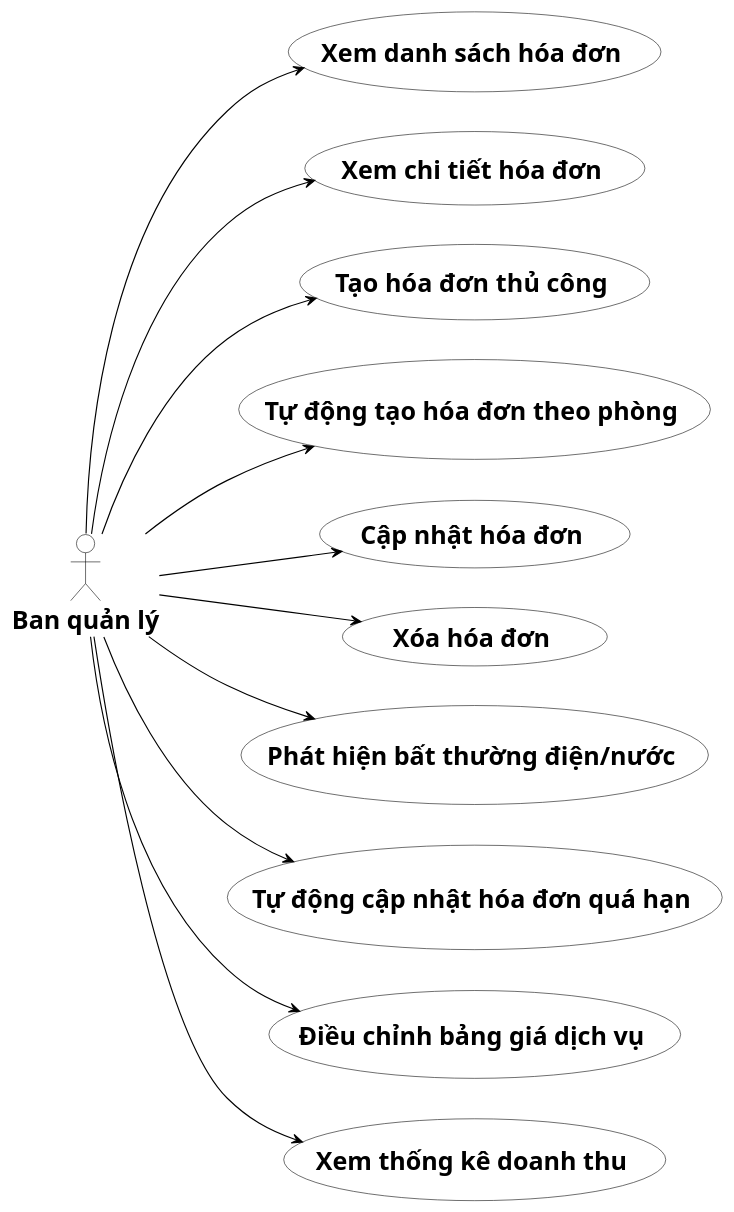
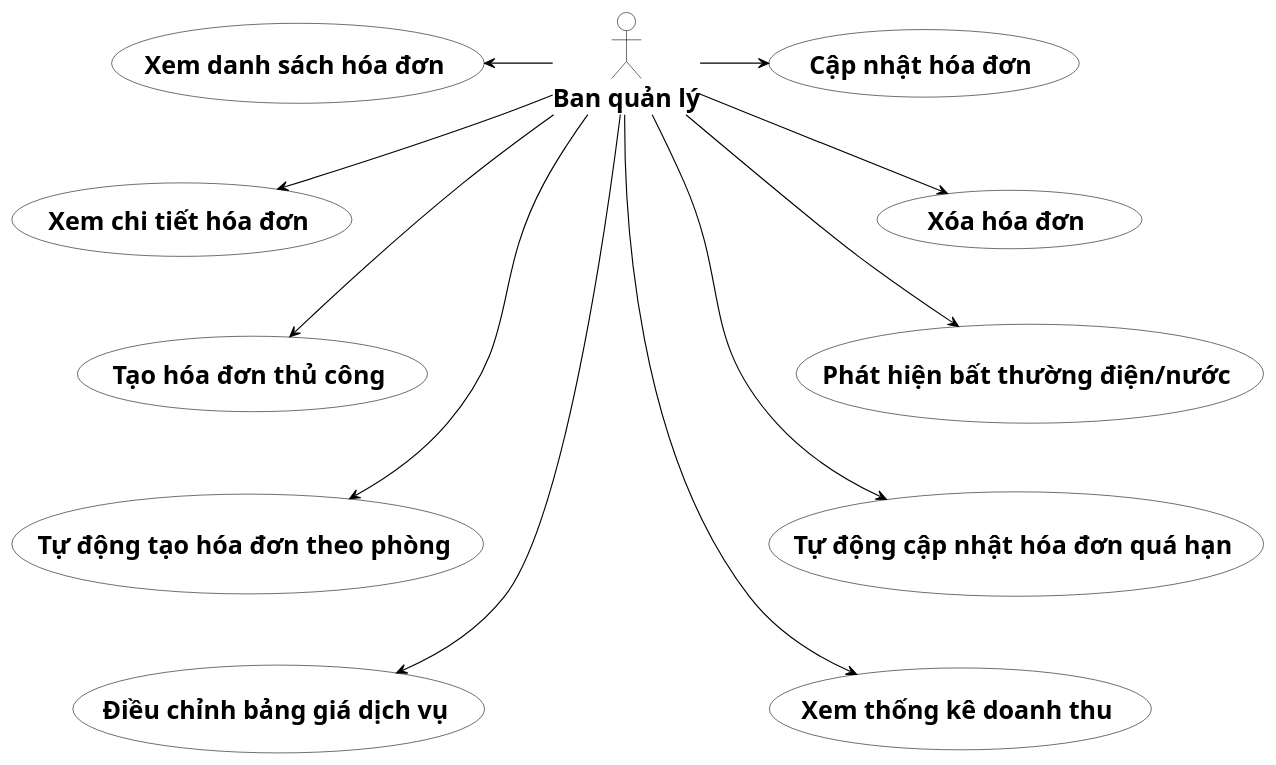
One commit to s0nbuildtech287/dormitory-frontend changed the diagram in diagrams/usecase_phanra/uc_hoadon.puml. Above: the diagram before and after it, drawn with PlantUML. The commit also changed 4 other files, not shown here.

```diff
--- a/diagrams/usecase_phanra/uc_hoadon.puml
+++ b/diagrams/usecase_phanra/uc_hoadon.puml
@@ -1,40 +1,61 @@
 @startuml "UC Phân rã - Quản lý hóa đơn"
 skinparam defaultFontSize 22
 skinparam defaultFontName "Times New Roman"
-left to right direction
 skinparam usecase {
   BackgroundColor White
   BorderColor Black
 }
 skinparam actor {
   BackgroundColor White
   BorderColor Black
 }
 skinparam ArrowColor Black
 skinparam ArrowThickness 1
 skinparam shadowing false
 
 actor "<b>Ban quản lý</b>" as Admin
 
-usecase "<b>Xem danh sách hóa đơn</b>" as UC1
-usecase "<b>Xem chi tiết hóa đơn</b>" as UC2
-usecase "<b>Tạo hóa đơn thủ công</b>" as UC3
-usecase "<b>Tự động tạo hóa đơn theo phòng</b>" as UC4
-usecase "<b>Cập nhật hóa đơn</b>" as UC5
-usecase "<b>Xóa hóa đơn</b>" as UC6
-usecase "<b>Phát hiện bất thường điện/nước</b>" as UC7
-usecase "<b>Tự động cập nhật hóa đơn quá hạn</b>" as UC8
-usecase "<b>Điều chỉnh bảng giá dịch vụ</b>" as UC9
-usecase "<b>Xem thống kê doanh thu</b>" as UC10
+together {
+  usecase "<b>Xem danh sách hóa đơn</b>" as UC1
+  usecase "<b>Xem chi tiết hóa đơn</b>" as UC2
+  usecase "<b>Tạo hóa đơn thủ công</b>" as UC3
+  usecase "<b>Tự động tạo hóa đơn theo phòng</b>" as UC4
+  usecase "<b>Điều chỉnh bảng giá dịch vụ</b>" as UC9
+}
 
-Admin --> UC1
-Admin --> UC2
-Admin --> UC3
-Admin --> UC4
-Admin --> UC5
-Admin --> UC6
-Admin --> UC7
-Admin --> UC8
-Admin --> UC9
-Admin --> UC10
+together {
+  usecase "<b>Cập nhật hóa đơn</b>" as UC5
+  usecase "<b>Xóa hóa đơn</b>" as UC6
+  usecase "<b>Phát hiện bất thường điện/nước</b>" as UC7
+  usecase "<b>Tự động cập nhật hóa đơn quá hạn</b>" as UC8
+  usecase "<b>Xem thống kê doanh thu</b>" as UC10
+}
+
+UC1 -[hidden]-> UC2
+UC2 -[hidden]-> UC3
+UC3 -[hidden]-> UC4
+UC4 -[hidden]-> UC9
+
+UC5 -[hidden]-> UC6
+UC6 -[hidden]-> UC7
+UC7 -[hidden]-> UC8
+UC8 -[hidden]-> UC10
+
+UC1 -[hidden]right-> UC5
+UC2 -[hidden]right-> UC6
+UC3 -[hidden]right-> UC7
+UC4 -[hidden]right-> UC8
+UC9 -[hidden]right-> UC10
+
+Admin -right-> UC1
+Admin -right-> UC2
+Admin -right-> UC3
+Admin -right-> UC4
+Admin -right-> UC9
+
+Admin -right-> UC5
+Admin -right-> UC6
+Admin -right-> UC7
+Admin -right-> UC8
+Admin -right-> UC10
 @enduml
```
